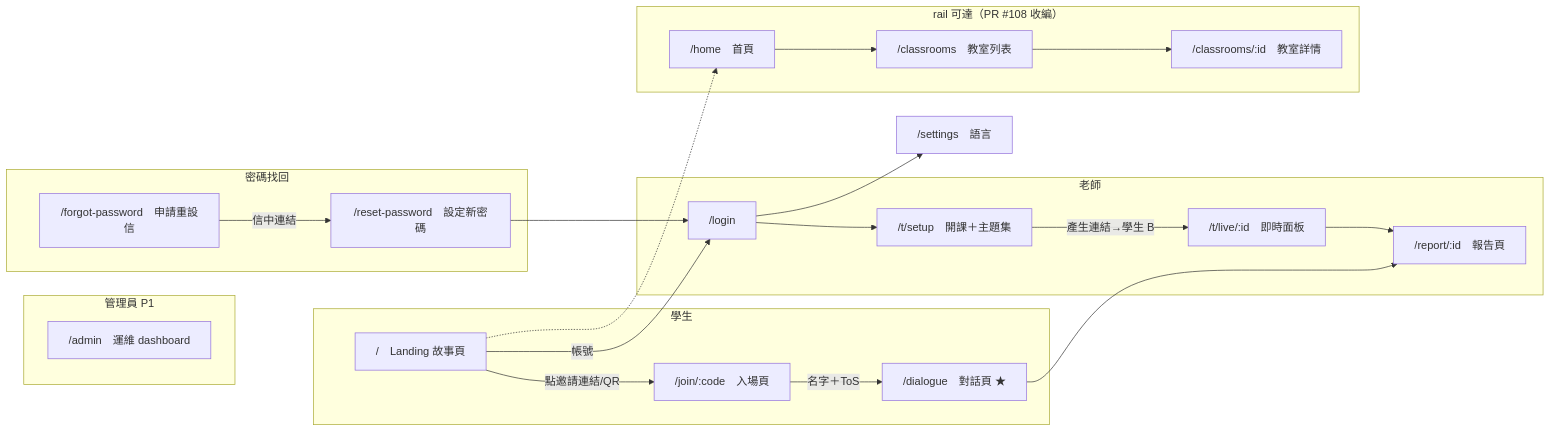
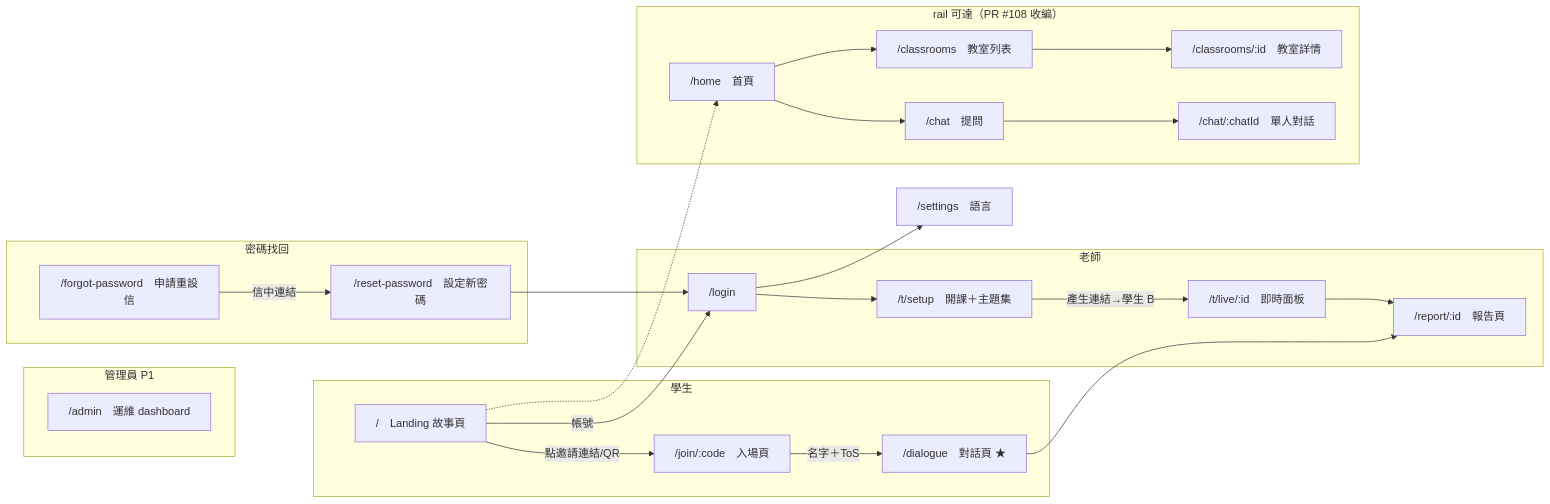
The diagram in docs/frontend.md (ntnu-swe-2026-team4/socrates-classroom), drawn with Mermaid before and after one commit. The commit also changed other lines of this file and 16 other files, not shown here.

````diff
--- a/docs/frontend.md
+++ b/docs/frontend.md
@@ -15,27 +15,29 @@
 ```mermaid
 flowchart LR
     subgraph student[學生]
         A["/　Landing 故事頁"] -->|"點邀請連結/QR"| B["/join/:code　入場頁"]
         B -->|"名字＋ToS"| D["/dialogue　對話頁 ★"]
     end
     subgraph teacher[老師]
         A -->|帳號| C["/login"]
         C --> E["/t/setup　開課＋主題集"]
         E -->|"產生連結→學生 B"| F["/t/live/:id　即時面板"]
         F --> G["/report/:id　報告頁"]
     end
     D --> G
     C --> H["/settings　語言"]
     subgraph rail[rail 可達（PR #108 收編）]
         J["/home　首頁"] --> K["/classrooms　教室列表"]
         K --> L["/classrooms/:id　教室詳情"]
+        J --> O["/chat　提問"]
+        O --> P["/chat/:chatId　單人對話"]
     end
     A -.-> J
     subgraph admin[管理員 P1]
         I["/admin　運維 dashboard"]
     end
     subgraph recovery[密碼找回]
         M["/forgot-password　申請重設信"] -->|"信中連結"| N["/reset-password　設定新密碼"]
     end
     N --> C
 ```
````
